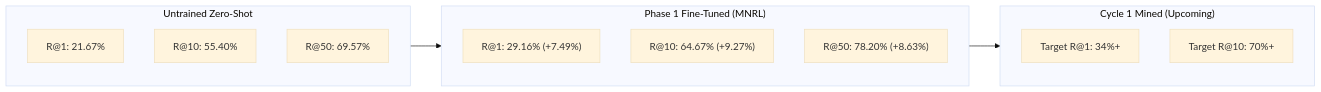
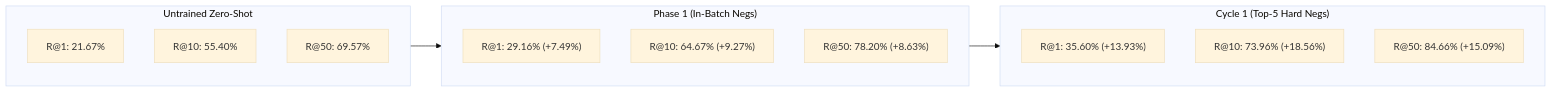
The diagram in docs/benchmarks.md (nansari-0134/neural_book_search_arctic), drawn with Mermaid (base theme) before and after one commit. The commit also changed other lines of this file and 1 other file, not shown here.

Commit message:
Document Cycle 1 empirical benchmarks: R@10 reaches 73.96% across 64,552 catalog

````diff
--- a/docs/benchmarks.md
+++ b/docs/benchmarks.md
@@ -9,18 +9,19 @@
 ```mermaid
 graph LR
     subgraph Baseline ["Untrained Zero-Shot"]
         B1["R@1: 21.67%"]
         B10["R@10: 55.40%"]
         B50["R@50: 69.57%"]
     end
-    subgraph Phase1 ["Phase 1 Fine-Tuned (MNRL)"]
+    subgraph Phase1 ["Phase 1 (In-Batch Negs)"]
         P1["R@1: 29.16% (+7.49%)"]
         P10["R@10: 64.67% (+9.27%)"]
         P50["R@50: 78.20% (+8.63%)"]
     end
-    subgraph Cycle1 ["Cycle 1 Mined (Upcoming)"]
-        C1["Target R@1: 34%+"]
-        C10["Target R@10: 70%+"]
+    subgraph Cycle1 ["Cycle 1 (Top-5 Hard Negs)"]
+        C1["R@1: 35.60% (+13.93%)"]
+        C10["R@10: 73.96% (+18.56%)"]
+        C50["R@50: 84.66% (+15.09%)"]
     end
     Baseline --> Phase1 --> Cycle1
 ```
````
